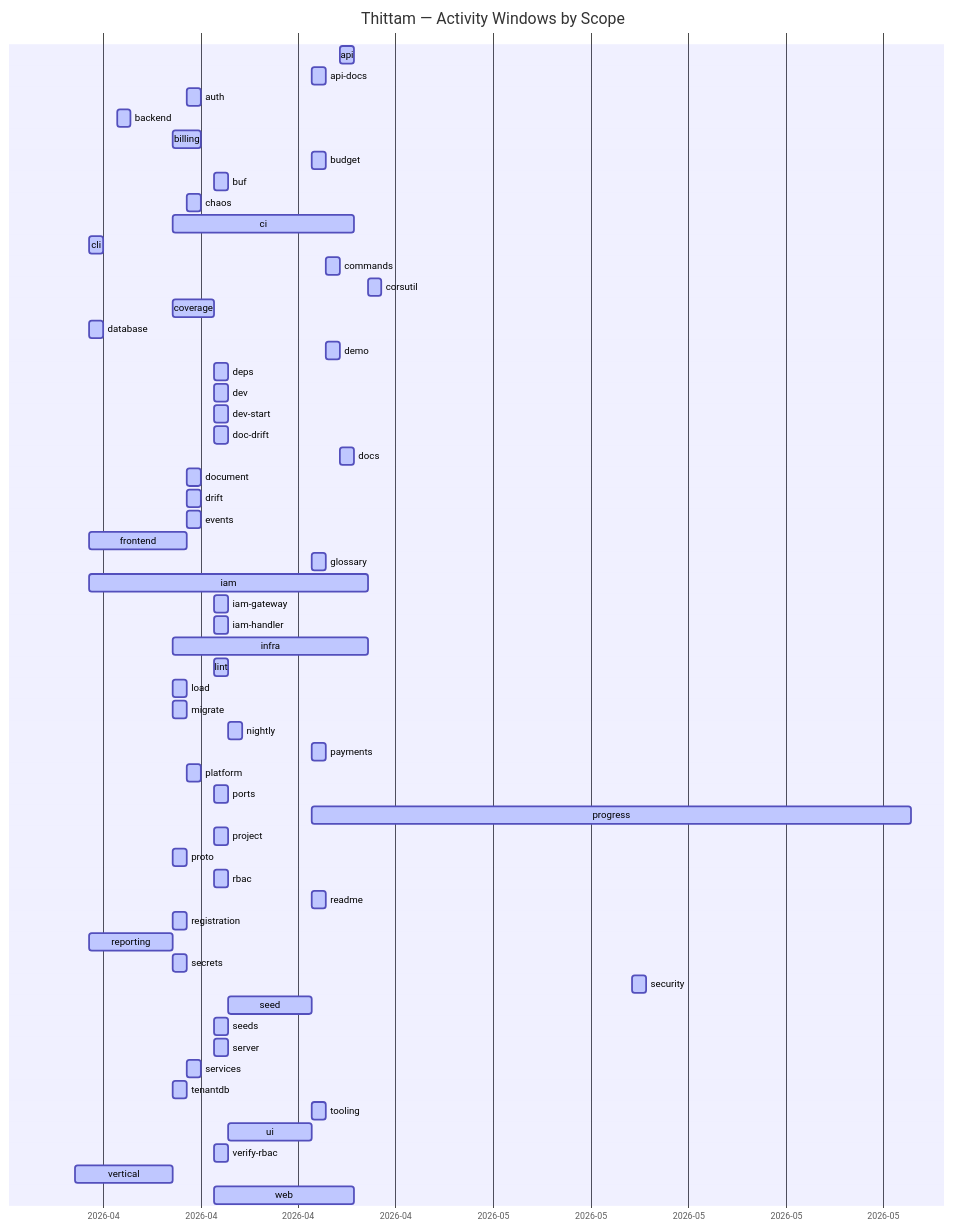
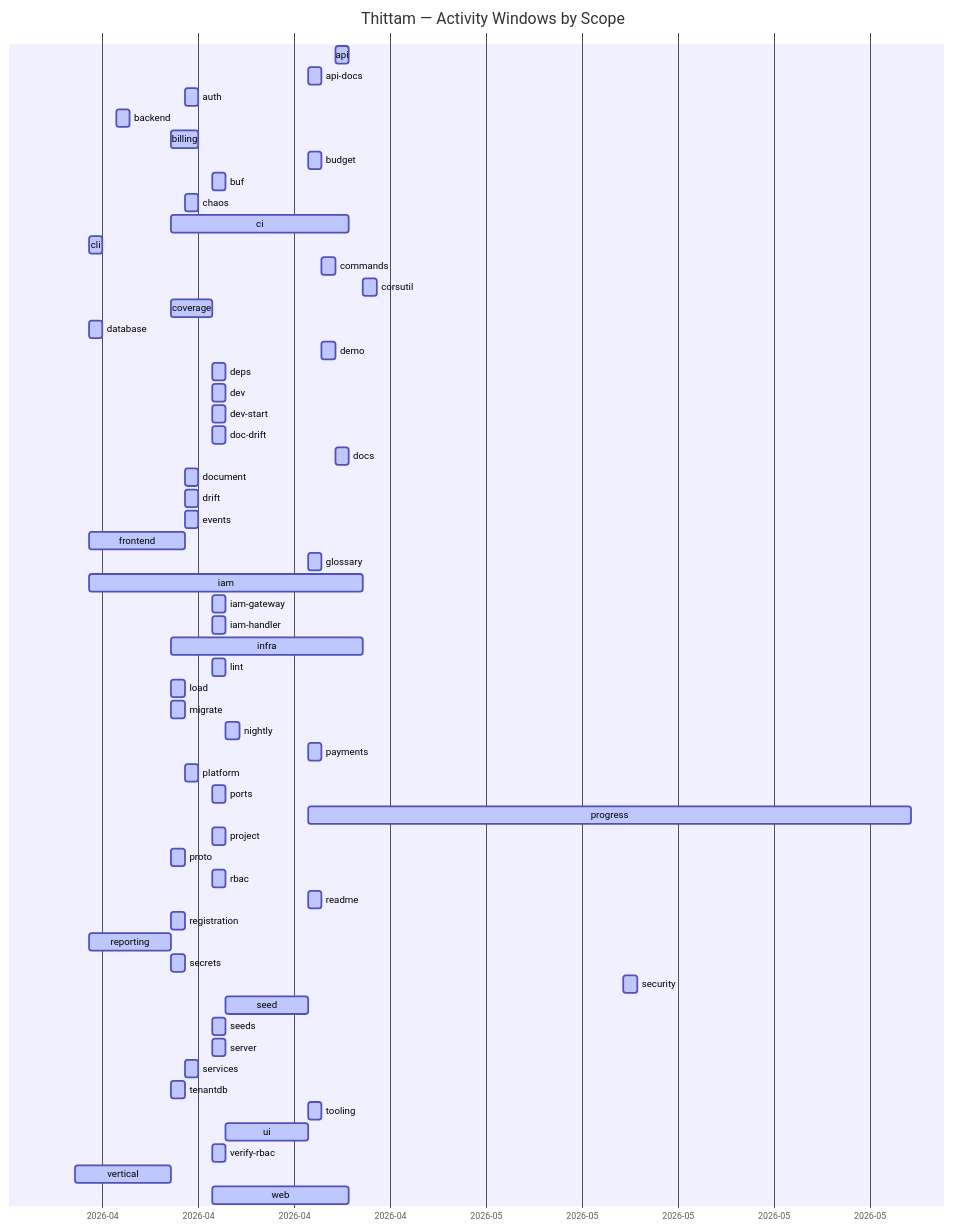
The diagram in docs/PROGRESS.md (wegofwd2020-hub/thittam), drawn with Mermaid before and after one commit. The commit also changed other lines of this file and 1 other file, not shown here.

Commit message:
chore(progress): nightly update of docs/PROGRESS.md + CSVs

````diff
--- a/docs/PROGRESS.md
+++ b/docs/PROGRESS.md
@@ -9,61 +9,61 @@
 ```mermaid
 gantt
     title Thittam — Activity Windows by Scope
     dateFormat YYYY-MM-DD
     axisFormat %Y-%m
     api                :active, s_api, 2026-04-22, 2026-04-23
     api-docs           :active, s_api_docs, 2026-04-20, 2026-04-21
     auth               :active, s_auth, 2026-04-11, 2026-04-12
     backend            :active, s_backend, 2026-04-06, 2026-04-07
     billing            :active, s_billing, 2026-04-10, 2026-04-12
     budget             :active, s_budget, 2026-04-20, 2026-04-21
     buf                :active, s_buf, 2026-04-13, 2026-04-14
     chaos              :active, s_chaos, 2026-04-11, 2026-04-12
     ci                 :active, s_ci, 2026-04-10, 2026-04-23
     cli                :active, s_cli, 2026-04-04, 2026-04-05
     commands           :active, s_commands, 2026-04-21, 2026-04-22
     corsutil           :active, s_corsutil, 2026-04-24, 2026-04-25
     coverage           :active, s_coverage, 2026-04-10, 2026-04-13
     database           :active, s_database, 2026-04-04, 2026-04-05
     demo               :active, s_demo, 2026-04-21, 2026-04-22
     deps               :active, s_deps, 2026-04-13, 2026-04-14
     dev                :active, s_dev, 2026-04-13, 2026-04-14
     dev-start          :active, s_dev_start, 2026-04-13, 2026-04-14
     doc-drift          :active, s_doc_drift, 2026-04-13, 2026-04-14
     docs               :active, s_docs, 2026-04-22, 2026-04-23
     document           :active, s_document, 2026-04-11, 2026-04-12
     drift              :active, s_drift, 2026-04-11, 2026-04-12
     events             :active, s_events, 2026-04-11, 2026-04-12
     frontend           :active, s_frontend, 2026-04-04, 2026-04-11
     glossary           :active, s_glossary, 2026-04-20, 2026-04-21
     iam                :active, s_iam, 2026-04-04, 2026-04-24
     iam-gateway        :active, s_iam_gateway, 2026-04-13, 2026-04-14
     iam-handler        :active, s_iam_handler, 2026-04-13, 2026-04-14
     infra              :active, s_infra, 2026-04-10, 2026-04-24
     lint               :active, s_lint, 2026-04-13, 2026-04-14
     load               :active, s_load, 2026-04-10, 2026-04-11
     migrate            :active, s_migrate, 2026-04-10, 2026-04-11
     nightly            :active, s_nightly, 2026-04-14, 2026-04-15
     payments           :active, s_payments, 2026-04-20, 2026-04-21
     platform           :active, s_platform, 2026-04-11, 2026-04-12
     ports              :active, s_ports, 2026-04-13, 2026-04-14
-    progress           :active, s_progress, 2026-04-20, 2026-06-02
+    progress           :active, s_progress, 2026-04-20, 2026-06-03
     project            :active, s_project, 2026-04-13, 2026-04-14
     proto              :active, s_proto, 2026-04-10, 2026-04-11
     rbac               :active, s_rbac, 2026-04-13, 2026-04-14
     readme             :active, s_readme, 2026-04-20, 2026-04-21
     registration       :active, s_registration, 2026-04-10, 2026-04-11
     reporting          :active, s_reporting, 2026-04-04, 2026-04-10
     secrets            :active, s_secrets, 2026-04-10, 2026-04-11
     security           :active, s_security, 2026-05-13, 2026-05-14
     seed               :active, s_seed, 2026-04-14, 2026-04-20
     seeds              :active, s_seeds, 2026-04-13, 2026-04-14
     server             :active, s_server, 2026-04-13, 2026-04-14
     services           :active, s_services, 2026-04-11, 2026-04-12
     tenantdb           :active, s_tenantdb, 2026-04-10, 2026-04-11
     tooling            :active, s_tooling, 2026-04-20, 2026-04-21
     ui                 :active, s_ui, 2026-04-14, 2026-04-20
     verify-rbac        :active, s_verify_rbac, 2026-04-13, 2026-04-14
     vertical           :active, s_vertical, 2026-04-03, 2026-04-10
     web                :active, s_web, 2026-04-13, 2026-04-23
 ```
````
